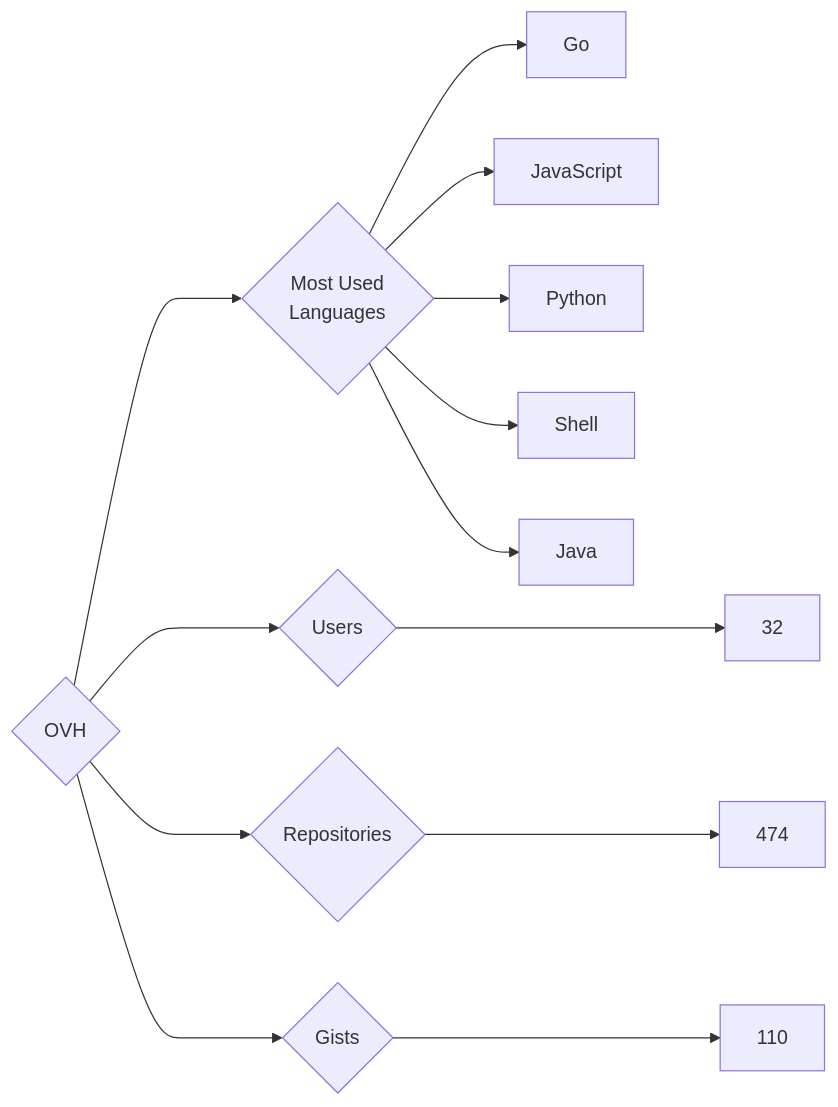
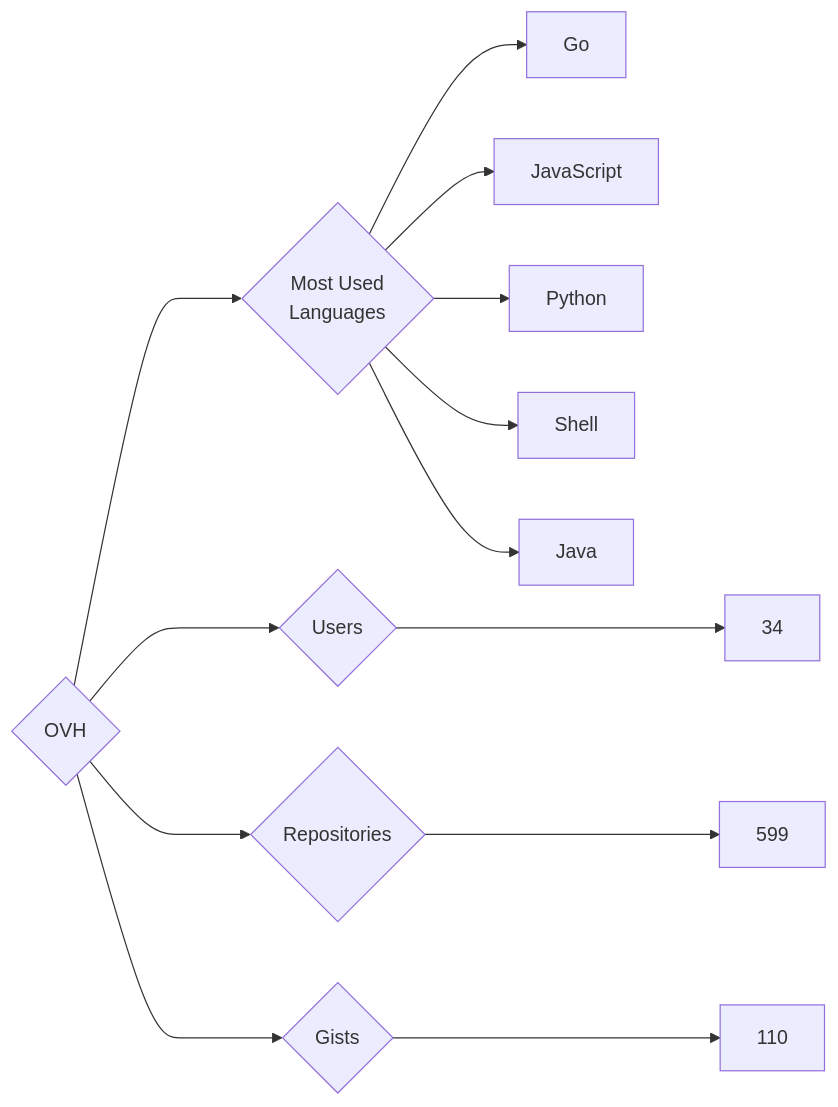
One commit to trickest/insiders changed the diagram in targets/OVH/README.md. Above: the diagram before and after it, drawn with Mermaid. The commit also changed 823 other files, not shown here.

````diff
--- a/targets/OVH/README.md
+++ b/targets/OVH/README.md
@@ -3,13 +3,13 @@
 ```mermaid
 graph LR
 COMPANY_NAME{OVH}
-COMPANY_NAME ---> U{Users} ---> UN[32]
-COMPANY_NAME ---> R{Repositories} ---> RN[474]
+COMPANY_NAME ---> U{Users} ---> UN[34]
+COMPANY_NAME ---> R{Repositories} ---> RN[599]
 COMPANY_NAME ---> G{Gists} ---> GN[110]
 COMPANY_NAME ---> ML{Most Used<br>Languages}
 ML --> Go[Go]
 ML --> JavaScript[JavaScript]
 ML --> Python[Python]
 ML --> Shell[Shell]
 ML --> Java[Java]
 ```
````
